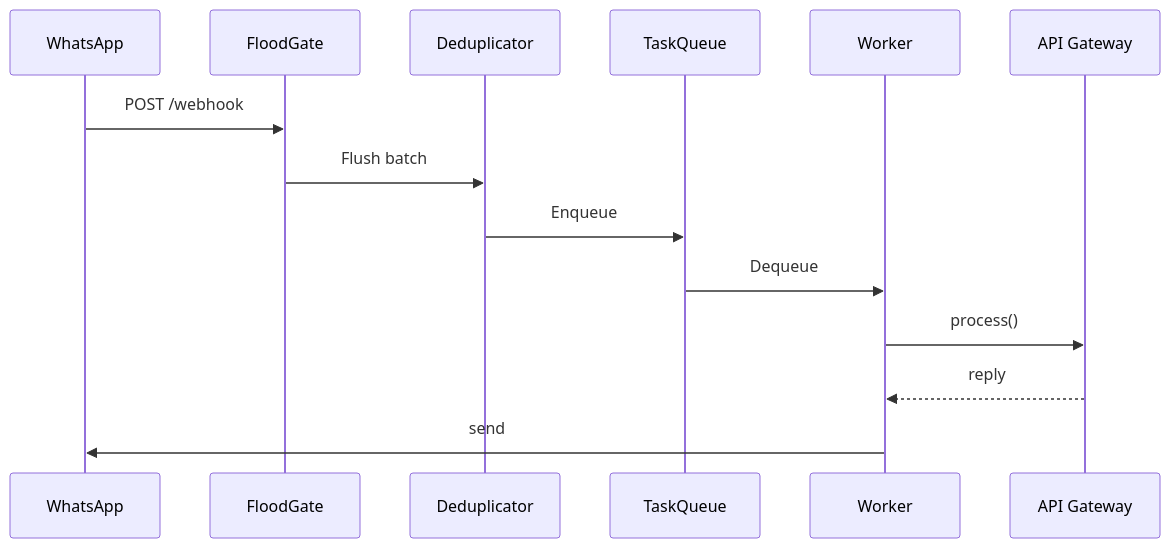
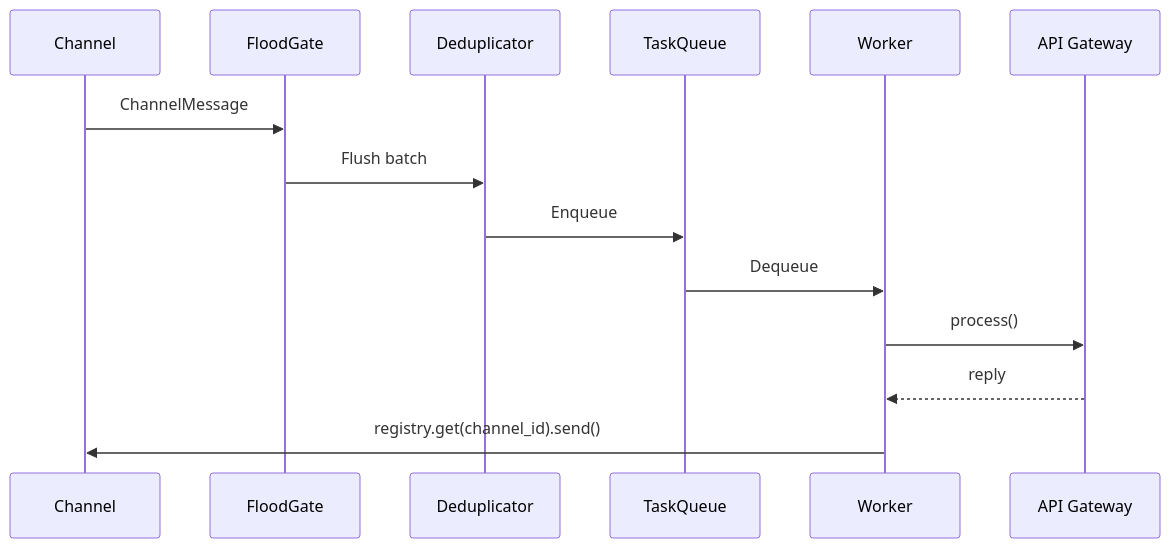
Before and after one commit to UpayanGhosh/Synapse-OSS: the third of 8 diagrams in ARCHITECTURE.md, drawn with Mermaid. The commit also changed other lines of this file and 3 other files, not shown here.

````diff
--- a/ARCHITECTURE.md
+++ b/ARCHITECTURE.md
@@ -91,17 +190,17 @@
 ```mermaid
 sequenceDiagram
-    participant WA as WhatsApp
+    participant CH as Channel
     participant FG as FloodGate
     participant DD as Deduplicator
     participant Q as TaskQueue
     participant W as Worker
     participant G as API Gateway
 
-    WA->>FG: POST /webhook
+    CH->>FG: ChannelMessage
     FG->>DD: Flush batch
     DD->>Q: Enqueue
     Q->>W: Dequeue
     W->>G: process()
     G-->>W: reply
-    W->>WA: send
+    W->>CH: registry.get(channel_id).send()
 ```
````
